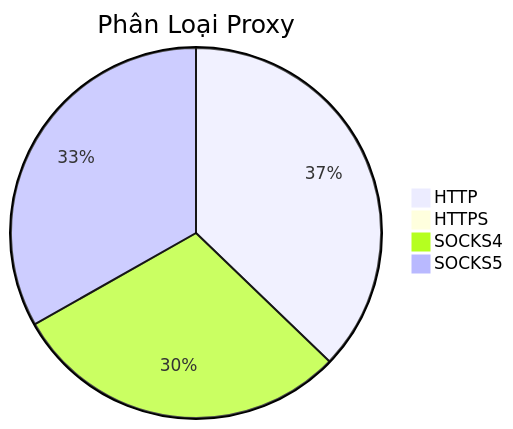
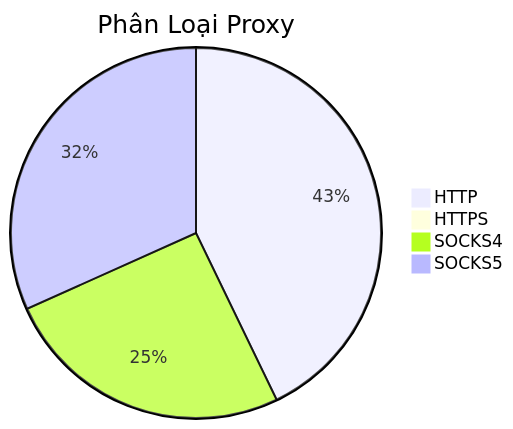
One commit to Ciara-12/PROXY-free changed the diagram in README.md. Above: the diagram before and after it, drawn with Mermaid. The commit also changed other lines of this file and 3 other files, not shown here.

````diff
--- a/README.md
+++ b/README.md
@@ -26,7 +26,7 @@
 ```mermaid
 pie title Phân Loại Proxy
-    "HTTP" : 372
+    "HTTP" : 493
     "HTTPS" : 0
-    "SOCKS4" : 296
-    "SOCKS5" : 332
+    "SOCKS4" : 293
+    "SOCKS5" : 365
 ```
````
